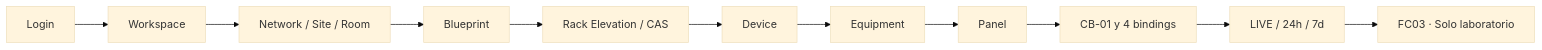
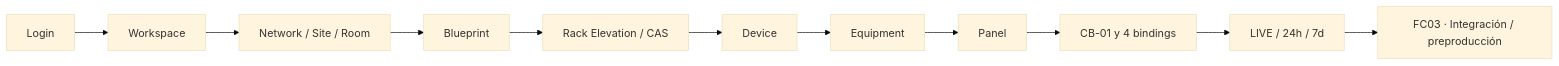
Before and after one commit to em3rc0dTh/AppM-Site-Mapper: the third of 3 diagrams in README.md, drawn with Mermaid (base theme). The commit also changed other lines of this file, not shown here.

````diff
--- a/README.md
+++ b/README.md
@@ -80,9 +82,9 @@
 ```mermaid
 flowchart LR
   Login --> Workspace --> Topology[Network / Site / Room]
   Topology --> Blueprint --> Rack[Rack Elevation / CAS]
   Rack --> Device --> Equipment --> Panel
   Panel --> CB01[CB-01 y 4 bindings]
   CB01 --> Live[LIVE / 24h / 7d]
-  Live --> Modbus[FC03 · Solo laboratorio]
+  Live --> Modbus[FC03 · Integración / preproducción]
 ```
````
